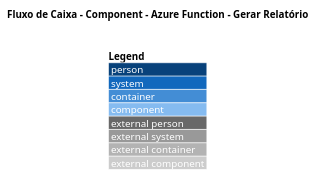
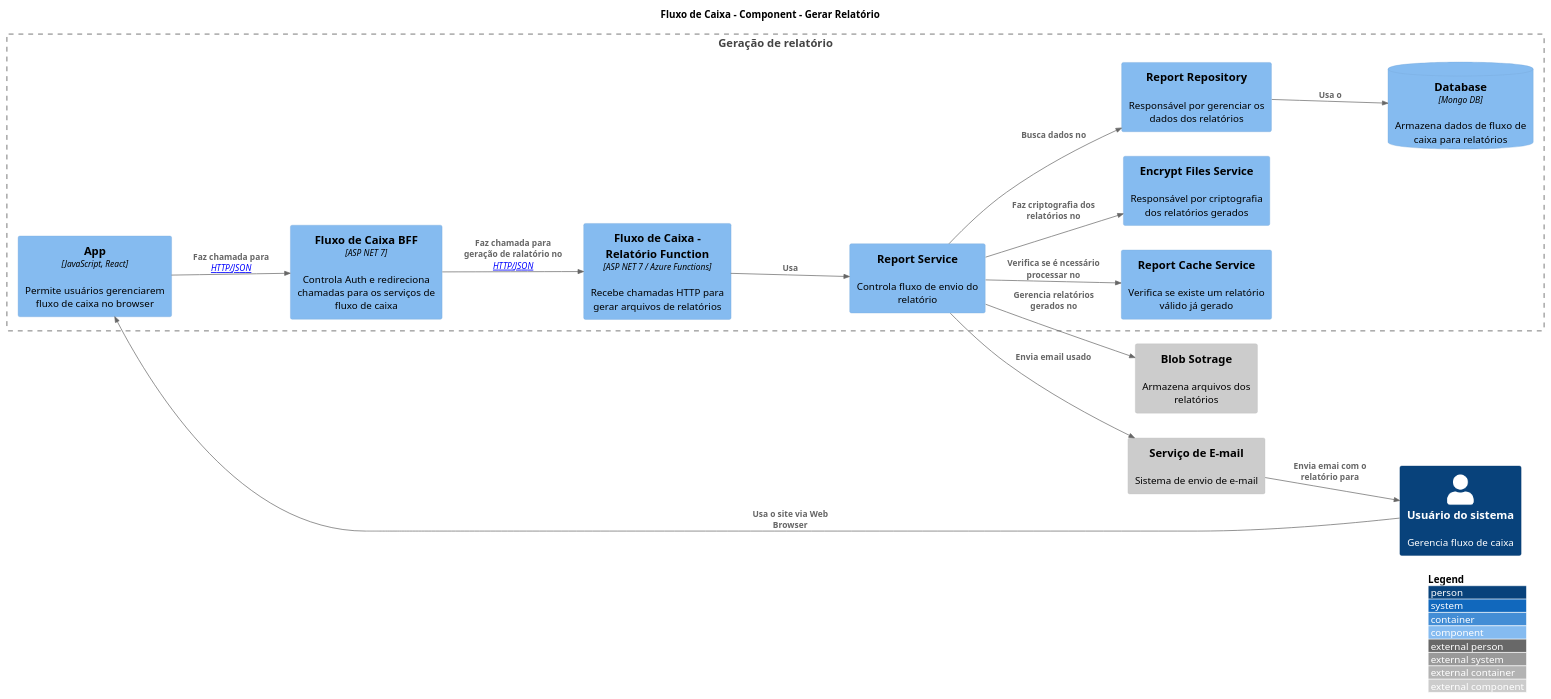
Before and after one commit to CristianoRC/Fluxo-De-Caixa: the diagram in Doc/Component.puml, drawn with PlantUML.

Commit message:
Cria diagrama de componente de geração de relatório

```diff
--- a/Doc/Component.puml
+++ b/Doc/Component.puml
@@ -1,12 +1,43 @@
 @startuml component
 !include https://raw.githubusercontent.com/plantuml-stdlib/C4-PlantUML/master/C4_Container.puml
 !include https://raw.githubusercontent.com/plantuml-stdlib/C4-PlantUML/master/C4_Context.puml
 !include https://raw.githubusercontent.com/plantuml-stdlib/C4-PlantUML/master/C4_Component.puml
 
 LAYOUT_LANDSCAPE()
 LAYOUT_WITH_LEGEND()
 
-TITLE Fluxo de Caixa - Component - Azure Function - Gerar Relatório
+TITLE Fluxo de Caixa - Component - Gerar Relatório
+
+Boundary(boundary, "Geração de relatório") {
+    Component(fluxoDeCaixaBff, "Fluxo de Caixa BFF", "ASP NET 7", "Controla Auth e redireciona chamadas para os serviços de fluxo de caixa")
+    Component(fluxoDeCaixaApp, "App", "JavaScript, React", "Permite usuários gerenciarem fluxo de caixa no browser")
+    Component(fluxoDeCaixaReportApi, "Fluxo de Caixa - Relatório Function", "ASP NET 7 / Azure Functions", "Recebe chamadas HTTP para gerar arquivos de relatórios")
+
+    Component(reportService, "Report Service", "", "Controla fluxo de envio do relatório")
+    Component(reportCacheService, "Report Cache Service", "", "Verifica se existe um relatório válido já gerado")
+    Component(fileEncryptService, "Encrypt Files Service", "", "Responsável por criptografia dos relatórios gerados")
+    Component(reportRepository, "Report Repository", "", "Responsável por gerenciar os dados dos relatórios")
+    ComponentDb(mongodb, "Database", "Mongo DB", "Armazena dados de fluxo de caixa para relatórios")
+}
+
+Component_Ext(blobStorage, "Blob Sotrage", "", "Armazena arquivos dos relatórios")
+Component_Ext(maisService, "Serviço de E-mail", "", "Sistema de envio de e-mail")
+Person(pessoa, "Usuário do sistema", "Gerencia fluxo de caixa")
+
+Rel(pessoa, fluxoDeCaixaApp, "Usa o site via Web Browser", "")
+Rel(fluxoDeCaixaApp, fluxoDeCaixaBff, "Faz chamada para", "[HTTP/JSON]")
+Rel(fluxoDeCaixaBff, fluxoDeCaixaReportApi, "Faz chamada para geração de ralatório no", "[HTTP/JSON]")
+Rel(fluxoDeCaixaReportApi, reportService, "Usa", "")
+
+Rel(reportService, reportCacheService, "Verifica se é ncessário processar no", "")
+Rel(reportService, fileEncryptService, "Faz criptografia dos relatórios no", "")
+Rel(reportService, blobStorage, "Gerencia relatórios gerados no", "")
+Rel(reportService, maisService, "Envia email usado", "")
+Rel(reportService, reportRepository, "Busca dados no", "")
+
+Rel(reportRepository, mongodb, "Usa o", "")
 
 
+Rel(maisService, pessoa, "Envia emai com o relatório para", "")
+
 @enduml
```
